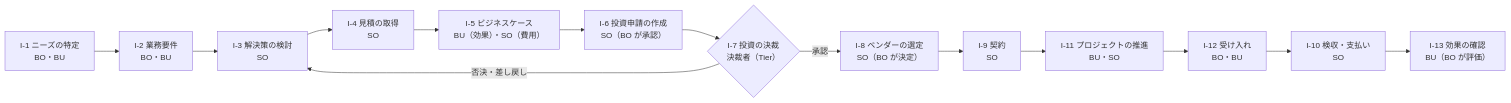
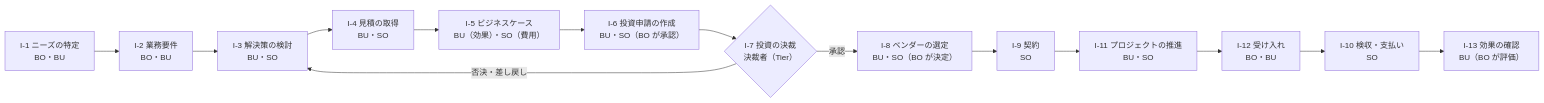
Before and after one commit to hiroyasu-komaki/temp: the first of 2 diagrams in budget-transfer/appendix/01-post-transfer-operating-model.md, drawn with Mermaid. The commit also changed other lines of this file and 19 other files, not shown here.

````diff
--- a/budget-transfer/appendix/01-post-transfer-operating-model.md
+++ b/budget-transfer/appendix/01-post-transfer-operating-model.md
@@ -131,16 +181,16 @@
 ```mermaid
 flowchart LR
     I1["I-1 ニーズの特定<br/>BO・BU"] --> I2["I-2 業務要件<br/>BO・BU"]
-    I2 --> I3["I-3 解決策の検討<br/>SO"]
-    I3 --> I4["I-4 見積の取得<br/>SO"]
+    I2 --> I3["I-3 解決策の検討<br/>BU・SO"]
+    I3 --> I4["I-4 見積の取得<br/>BU・SO"]
     I4 --> I5["I-5 ビジネスケース<br/>BU（効果）・SO（費用）"]
-    I5 --> I6["I-6 投資申請の作成<br/>SO（BO が承認）"]
+    I5 --> I6["I-6 投資申請の作成<br/>BU・SO（BO が承認）"]
     I6 --> I7{"I-7 投資の決裁<br/>決裁者（Tier）"}
-    I7 -- 承認 --> I8["I-8 ベンダーの選定<br/>SO（BO が決定）"]
+    I7 -- 承認 --> I8["I-8 ベンダーの選定<br/>BU・SO（BO が決定）"]
     I8 --> I9["I-9 契約<br/>SO"]
     I9 --> I11["I-11 プロジェクトの推進<br/>BU・SO"]
     I11 --> I12["I-12 受け入れ<br/>BO・BU"]
     I12 --> I10["I-10 検収・支払い<br/>SO"]
     I10 --> I13["I-13 効果の確認<br/>BU（BO が評価）"]
     I7 -- 否決・差し戻し --> I3
 ```
````
